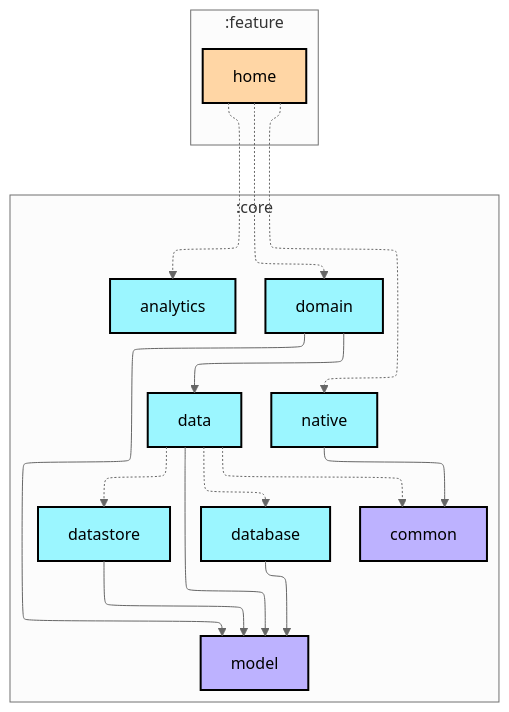
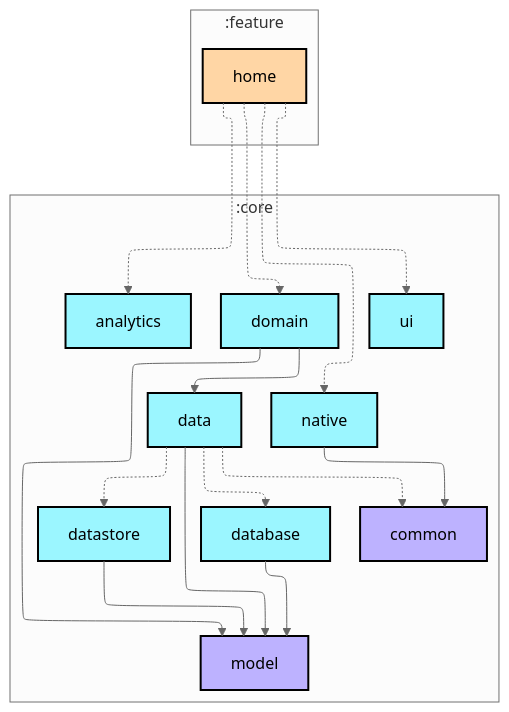
Before and after one commit to Sunior-k/walklog: the first of 2 diagrams in feature/home/README.md, drawn with Mermaid (neutral theme). The commit also changed 131 other files, not shown here.

````diff
--- a/feature/home/README.md
+++ b/feature/home/README.md
@@ -17,44 +17,46 @@
 ```mermaid
 ---
 config:
   layout: elk
   elk:
     nodePlacementStrategy: SIMPLE
 ---
 graph TB
   subgraph :feature
     direction TB
     :feature:home[home]:::android-feature
   end
 
   subgraph :core
     direction TB
     :core:domain[domain]:::android-library
     :core:data[data]:::android-library
     :core:database[database]:::android-library
     :core:datastore[datastore]:::android-library
     :core:native[native]:::android-library
     :core:common[common]:::jvm-library
     :core:model[model]:::jvm-library
     :core:analytics[analytics]:::android-library
+    :core:ui[ui]:::android-library
   end
 
   :feature:home -.-> :core:domain
   :feature:home -.-> :core:analytics
   :feature:home -.-> :core:native
+  :feature:home -.-> :core:ui
   :core:domain --> :core:data
   :core:domain --> :core:model
   :core:native --> :core:common
   :core:data --> :core:model
   :core:data -.-> :core:database
   :core:data -.-> :core:datastore
   :core:data -.-> :core:common
   :core:database --> :core:model
   :core:datastore --> :core:model
 
 classDef android-application fill:#CAFFBF,stroke:#000,stroke-width:2px,color:#000;
 classDef android-feature fill:#FFD6A5,stroke:#000,stroke-width:2px,color:#000;
 classDef android-library fill:#9BF6FF,stroke:#000,stroke-width:2px,color:#000;
 classDef android-test fill:#A0C4FF,stroke:#000,stroke-width:2px,color:#000;
 classDef jvm-library fill:#BDB2FF,stroke:#000,stroke-width:2px,color:#000;
 ```
````
